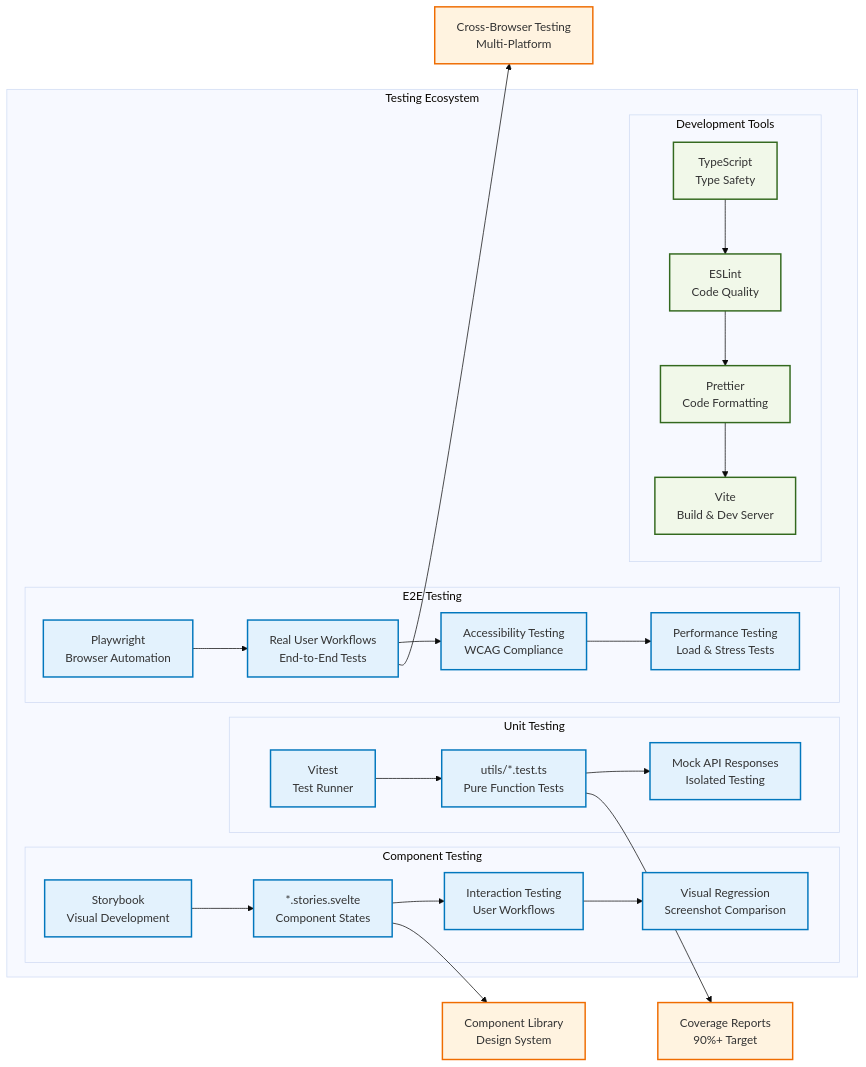
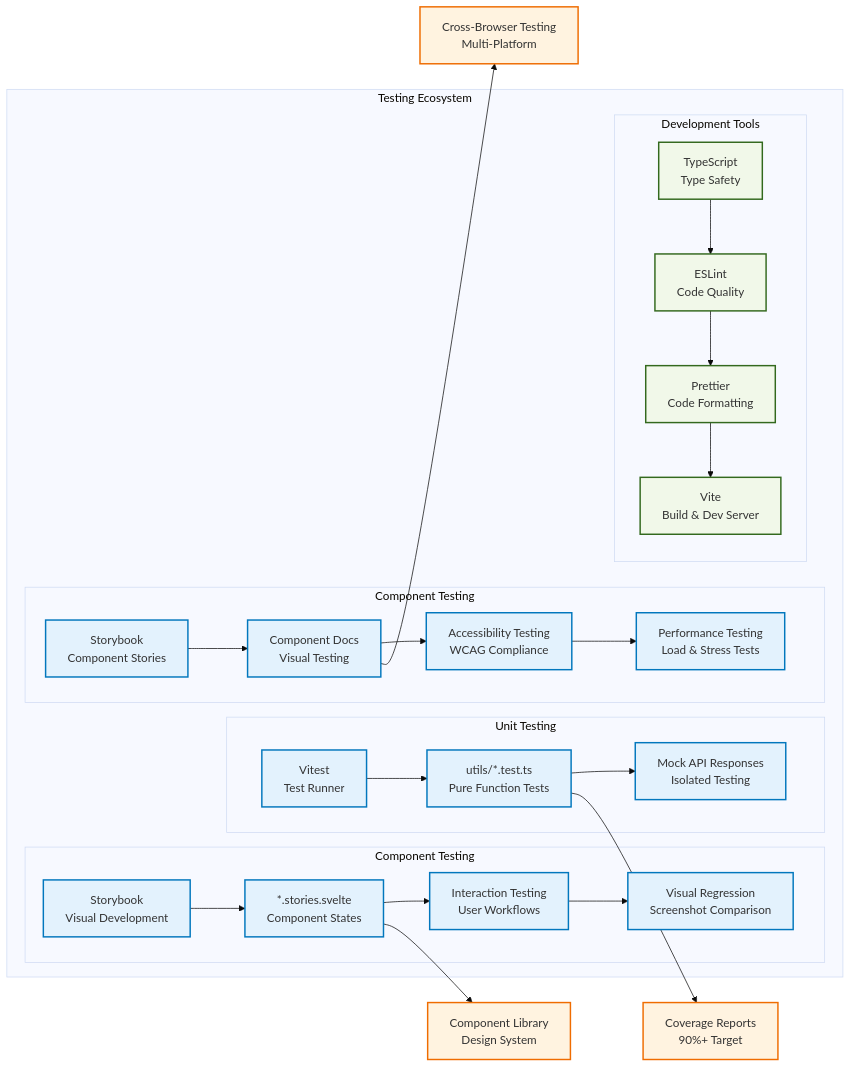
Before and after one commit to SeraphIndustries/site-path-search: the third of 3 diagrams in svelte/README.md, drawn with Mermaid (base theme). The commit also changed other lines of this file and 10 other files, not shown here.

````diff
--- a/svelte/README.md
+++ b/svelte/README.md
@@ -225,39 +225,39 @@
 ```mermaid
 graph LR
     subgraph "Testing Ecosystem"
         subgraph "Unit Testing"
             A[Vitest<br/>Test Runner] --> B[utils/*.test.ts<br/>Pure Function Tests]
             B --> C[Mock API Responses<br/>Isolated Testing]
         end
 
         subgraph "Component Testing"
             D[Storybook<br/>Visual Development] --> E[*.stories.svelte<br/>Component States]
             E --> F[Interaction Testing<br/>User Workflows]
             F --> G[Visual Regression<br/>Screenshot Comparison]
         end
 
-        subgraph "E2E Testing"
-            H[Playwright<br/>Browser Automation] --> I[Real User Workflows<br/>End-to-End Tests]
+        subgraph "Component Testing"
+            H[Storybook<br/>Component Stories] --> I[Component Docs<br/>Visual Testing]
             I --> J[Accessibility Testing<br/>WCAG Compliance]
             J --> K[Performance Testing<br/>Load & Stress Tests]
         end
 
         subgraph "Development Tools"
             L[TypeScript<br/>Type Safety] --> M[ESLint<br/>Code Quality]
             M --> N[Prettier<br/>Code Formatting]
             N --> O[Vite<br/>Build & Dev Server]
         end
     end
 
     B --> P[Coverage Reports<br/>90%+ Target]
     E --> Q[Component Library<br/>Design System]
     I --> R[Cross-Browser Testing<br/>Multi-Platform]
 
     classDef testing fill:#e3f2fd,stroke:#0277bd,stroke-width:2px
     classDef tools fill:#f1f8e9,stroke:#33691e,stroke-width:2px
     classDef output fill:#fff3e0,stroke:#ef6c00,stroke-width:2px
 
     class A,B,C,D,E,F,G,H,I,J,K testing
     class L,M,N,O tools
     class P,Q,R output
 ```
````
